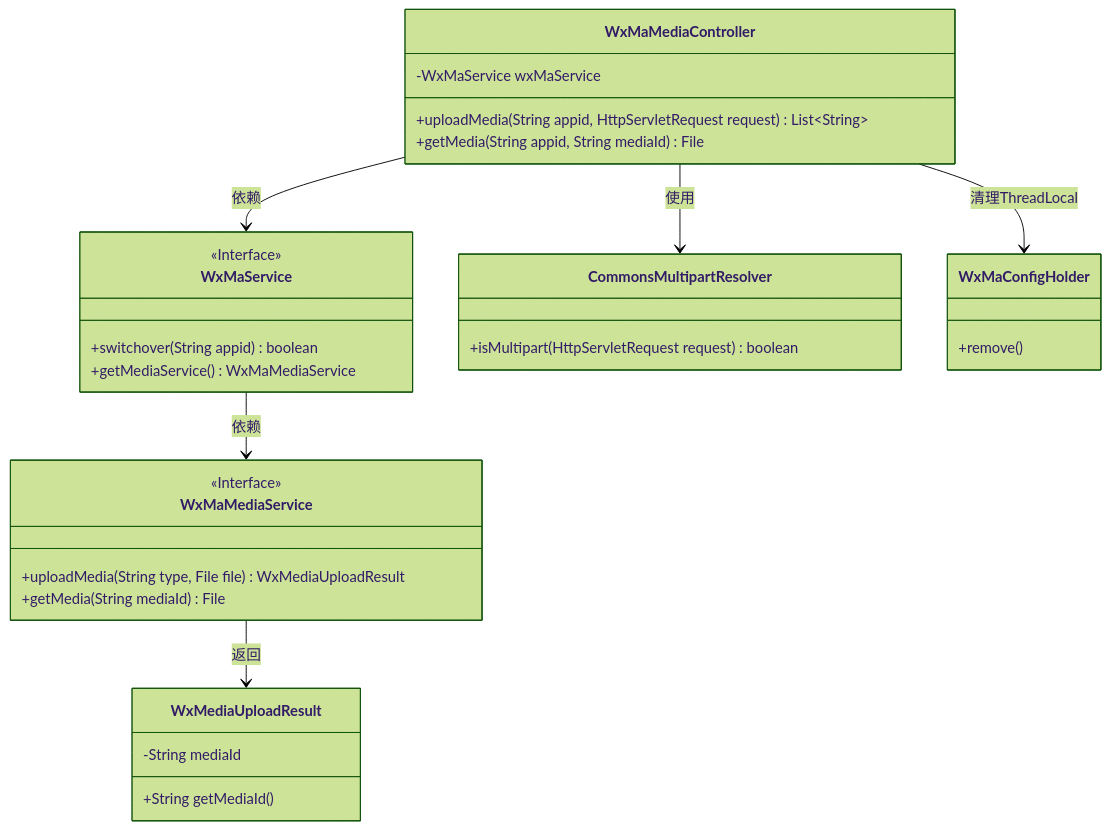
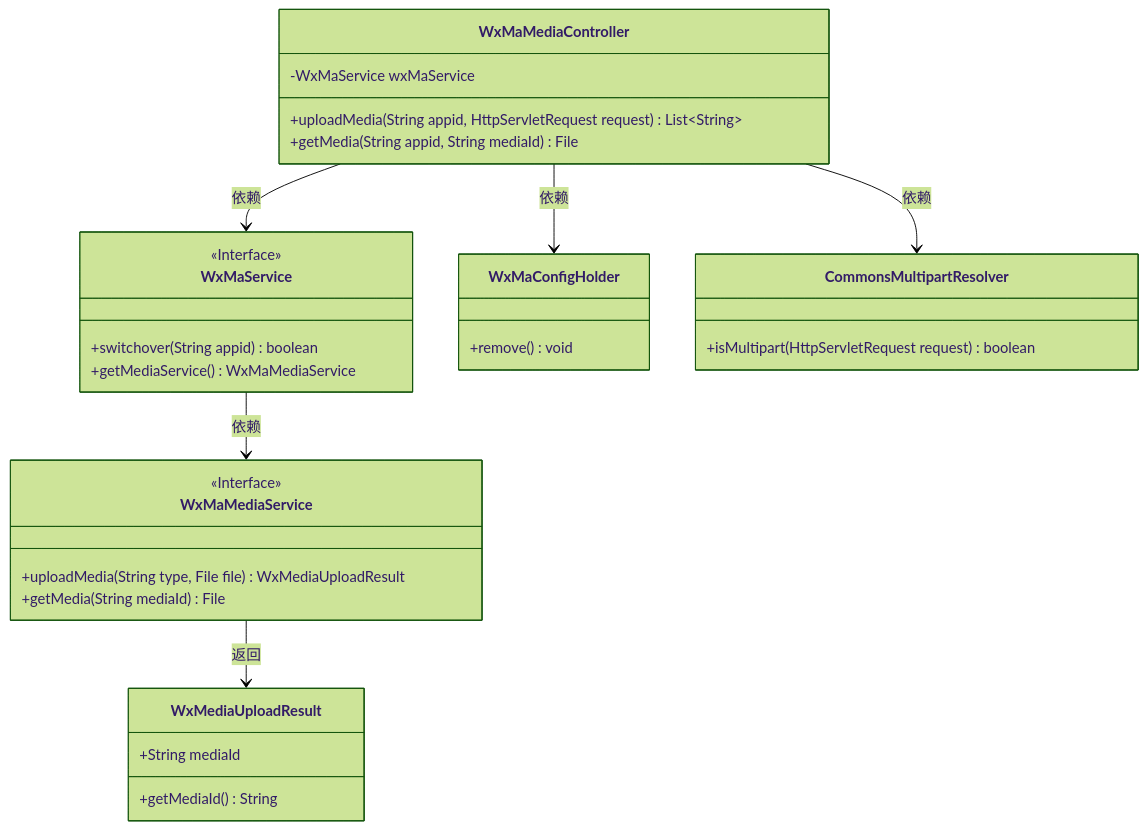
One commit to v-wjrong/binary_weixin-java-miniapp-demo changed the first of 3 diagrams in docs/zh/docs/src/main/java/com/github/binarywang/demo/wx/miniapp/controller/WxMaMediaController.md. Above: the diagram before and after it, drawn with Mermaid (forest theme). The commit also changed other lines of this file and 50 other files, not shown here.

````diff
--- a/docs/zh/docs/src/main/java/com/github/binarywang/demo/wx/miniapp/controller/WxMaMediaController.md
+++ b/docs/zh/docs/src/main/java/com/github/binarywang/demo/wx/miniapp/controller/WxMaMediaController.md
@@ -36,39 +36,39 @@
 ```mermaid
 classDiagram
     class WxMaMediaController {
         -WxMaService wxMaService
         +uploadMedia(String appid, HttpServletRequest request) List~String~
         +getMedia(String appid, String mediaId) File
     }
 
     class WxMaService {
         <<Interface>>
         +switchover(String appid) boolean
         +getMediaService() WxMaMediaService
     }
 
     class WxMaMediaService {
         <<Interface>>
         +uploadMedia(String type, File file) WxMediaUploadResult
         +getMedia(String mediaId) File
     }
 
     class WxMediaUploadResult {
-        -String mediaId
-        +String getMediaId()
+        +String mediaId
+        +getMediaId() String
+    }
+
+    class WxMaConfigHolder {
+        +remove() void
     }
 
     class CommonsMultipartResolver {
         +isMultipart(HttpServletRequest request) boolean
     }
 
-    class WxMaConfigHolder {
-        +remove()
-    }
-
     WxMaMediaController --> WxMaService : 依赖
+    WxMaMediaController --> CommonsMultipartResolver : 依赖
+    WxMaMediaController --> WxMaConfigHolder : 依赖
     WxMaService --> WxMaMediaService : 依赖
     WxMaMediaService --> WxMediaUploadResult : 返回
-    WxMaMediaController --> CommonsMultipartResolver : 使用
-    WxMaMediaController --> WxMaConfigHolder : 清理ThreadLocal
 ```
````
